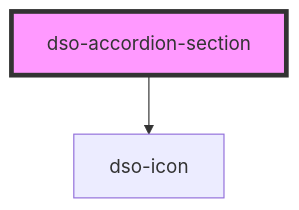
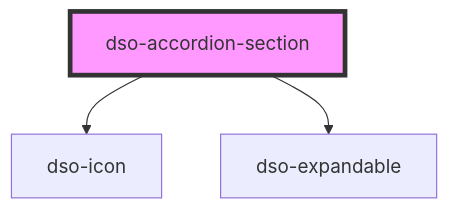
The diagram in packages/core/src/components/accordion/components/readme.md (dso-toolkit/dso-toolkit), drawn with Mermaid before and after one commit. The commit also changed other lines of this file and 31 other files, not shown here.

Commit message:
#2034 Webcomponent dso-expandable

````diff
--- a/packages/core/src/components/accordion/components/readme.md
+++ b/packages/core/src/components/accordion/components/readme.md
@@ -50,5 +51,6 @@
 ```mermaid
 graph TD;
   dso-accordion-section --> dso-icon
+  dso-accordion-section --> dso-expandable
   style dso-accordion-section fill:#f9f,stroke:#333,stroke-width:4px
 ```
````
